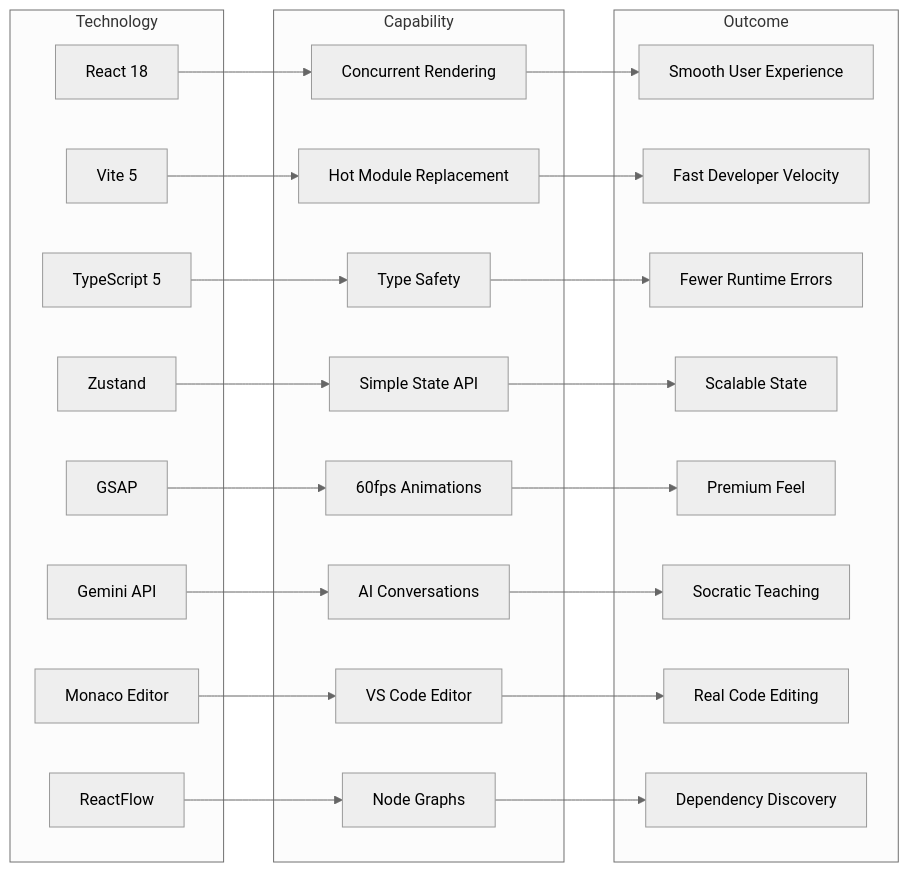
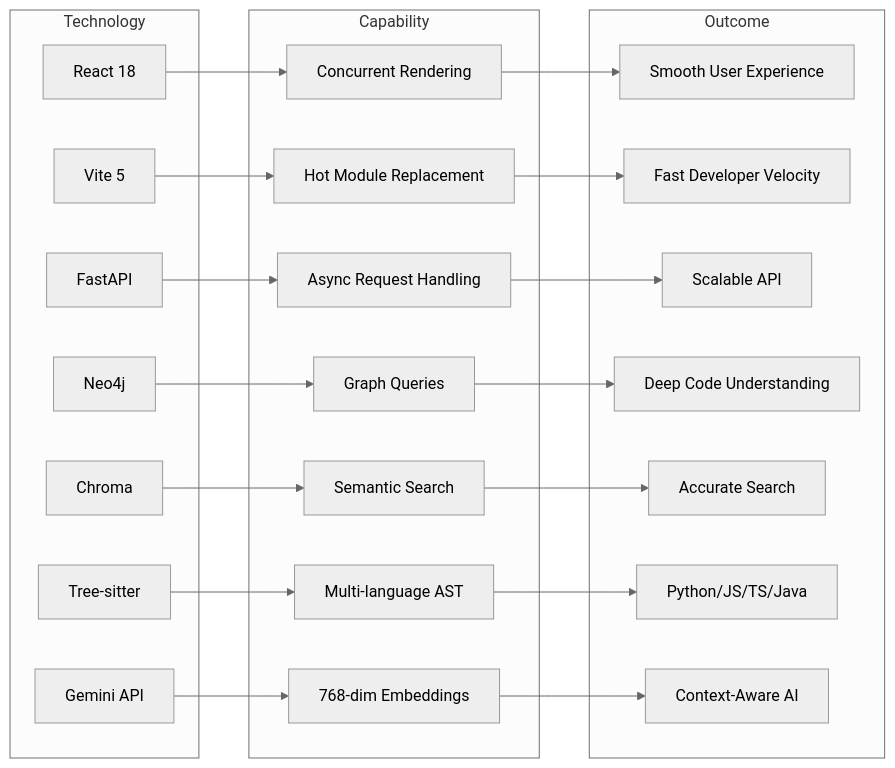
Before and after one commit to Ishan-K9868/socraticDev-final: the sixth of 6 diagrams in README.md, drawn with Mermaid (neutral theme). The commit also changed other lines of this file and 114 other files, not shown here.

````diff
--- a/README.md
+++ b/README.md
@@ -482,44 +656,40 @@
 ```mermaid
 flowchart LR
     subgraph "Technology"
         REACT[React 18]
         VITE[Vite 5]
-        TS[TypeScript 5]
-        ZUSTAND[Zustand]
-        GSAP[GSAP]
-        GEMINI[Gemini API]
-        MONACO[Monaco Editor]
-        RFLOW[ReactFlow]
+        FASTAPI[FastAPI]
+        NEO4J_TECH[Neo4j]
+        CHROMA_TECH[Chroma]
+        TREESITTER[Tree-sitter]
+        GEMINI_TECH[Gemini API]
     end
 
     subgraph "Capability"
         CONC[Concurrent Rendering]
         HMR[Hot Module Replacement]
-        TYPES[Type Safety]
-        SIMPLE_STATE[Simple State API]
-        PERF_ANIM[60fps Animations]
-        AI_CHAT[AI Conversations]
-        CODE_EDIT[VS Code Editor]
-        GRAPH_VIZ[Node Graphs]
+        ASYNC[Async Request Handling]
+        GRAPH_QUERY[Graph Queries]
+        VECTOR_SEARCH[Semantic Search]
+        AST_PARSE[Multi-language AST]
+        AI_EMBED[768-dim Embeddings]
     end
 
     subgraph "Outcome"
         UX[Smooth User Experience]
         DX[Fast Developer Velocity]
-        SAFE[Fewer Runtime Errors]
-        SCALE[Scalable State]
-        POLISH[Premium Feel]
-        TEACH[Socratic Teaching]
-        REAL_CODE[Real Code Editing]
-        DEP_VIS[Dependency Discovery]
+        SCALE[Scalable API]
+        CONTEXT[Deep Code Understanding]
+        RELEVANCE[Accurate Search]
+        LANG_SUPPORT[Python/JS/TS/Java]
+        SMART_AI[Context-Aware AI]
     end
 
     REACT --> CONC --> UX
     VITE --> HMR --> DX
-    TS --> TYPES --> SAFE
-    ZUSTAND --> SIMPLE_STATE --> SCALE
-    GSAP --> PERF_ANIM --> POLISH
-    GEMINI --> AI_CHAT --> TEACH
-    MONACO --> CODE_EDIT --> REAL_CODE
-    RFLOW --> GRAPH_VIZ --> DEP_VIS
+    FASTAPI --> ASYNC --> SCALE
+    NEO4J_TECH --> GRAPH_QUERY --> CONTEXT
+    CHROMA_TECH --> VECTOR_SEARCH --> RELEVANCE
+    TREESITTER --> AST_PARSE --> LANG_SUPPORT
+    GEMINI_TECH --> AI_EMBED --> SMART_AI
 ```
````
